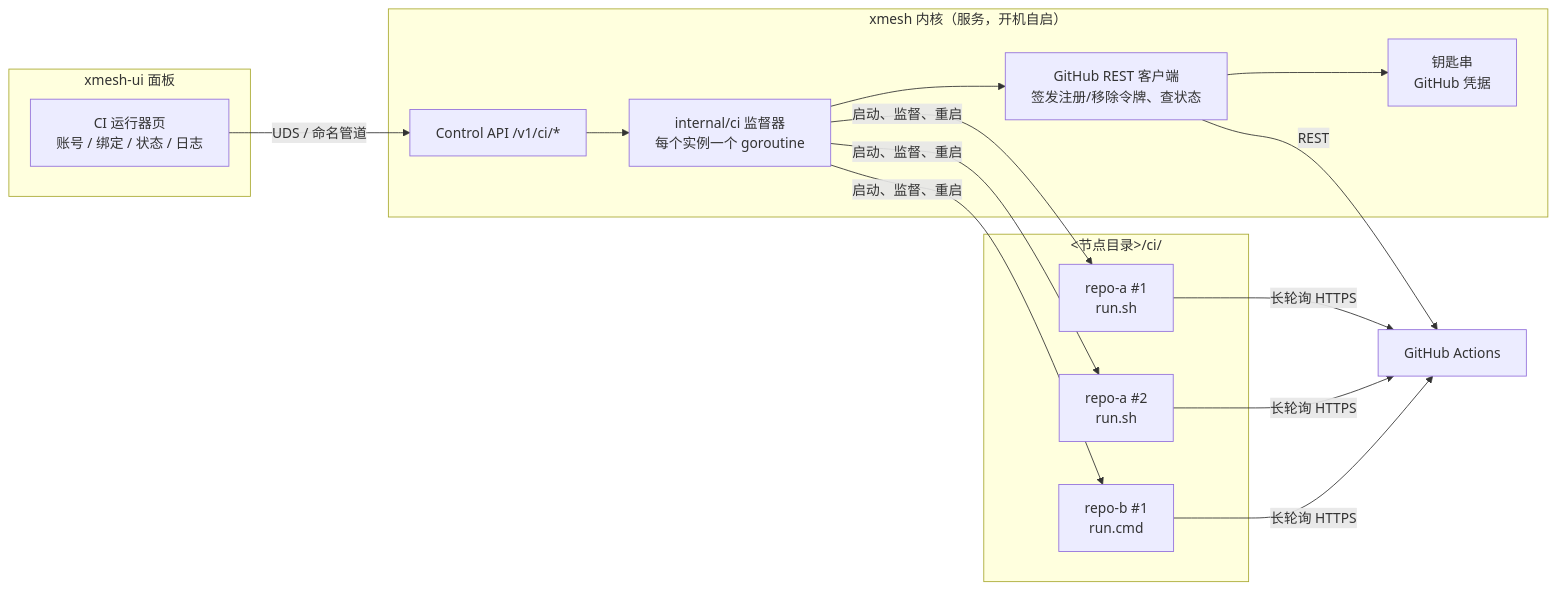
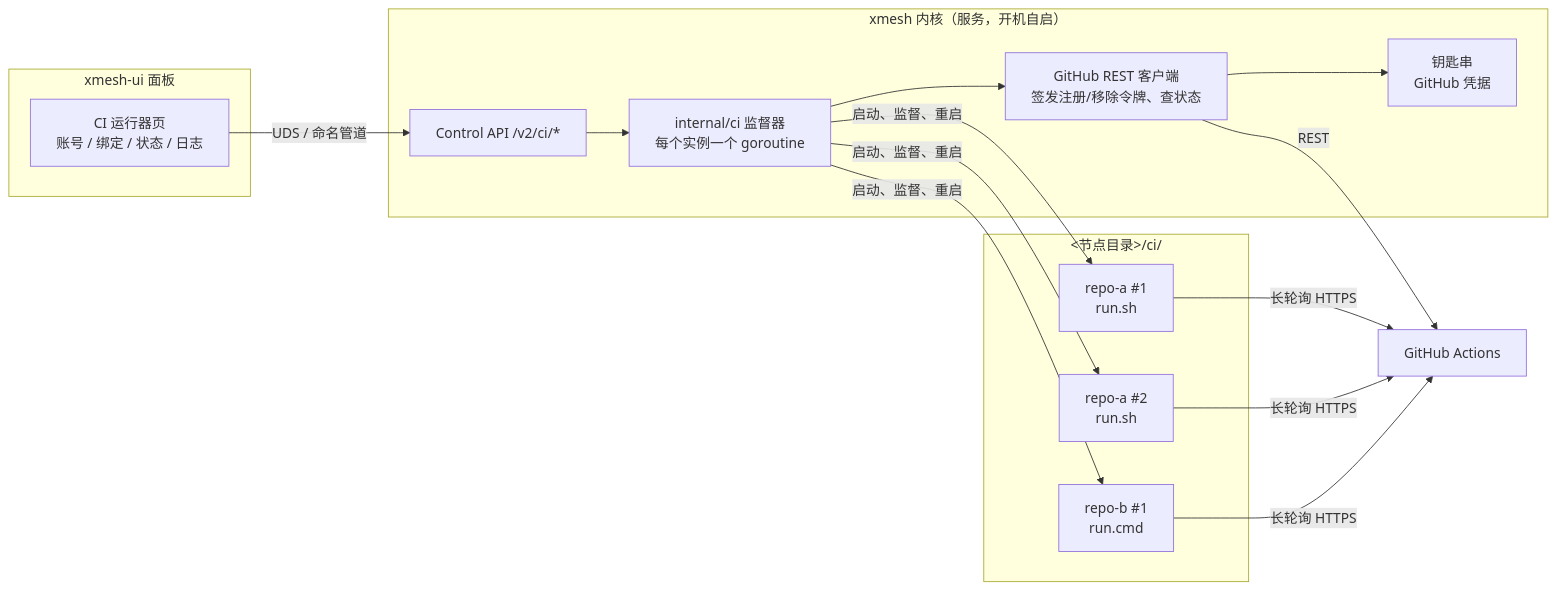
Before and after one commit to tzf1003/xmesh: the diagram in docs/design/15-github-runner.md, drawn with Mermaid. The commit also changed other lines of this file and 213 other files, not shown here.

````diff
--- a/docs/design/15-github-runner.md
+++ b/docs/design/15-github-runner.md
@@ -27,24 +27,24 @@
 ```mermaid
 flowchart LR
   subgraph ui["xmesh-ui 面板"]
     page["CI 运行器页<br/>账号 / 绑定 / 状态 / 日志"]
   end
   subgraph kernel["xmesh 内核（服务，开机自启）"]
-    ctl["Control API /v1/ci/*"]
+    ctl["Control API /v2/ci/*"]
     sup["internal/ci 监督器<br/>每个实例一个 goroutine"]
     gh["GitHub REST 客户端<br/>签发注册/移除令牌、查状态"]
     kc["钥匙串<br/>GitHub 凭据"]
     ctl --> sup
     sup --> gh
     gh --> kc
   end
   subgraph runners["<节点目录>/ci/"]
     r1["repo-a #1<br/>run.sh"]
     r2["repo-a #2<br/>run.sh"]
     r3["repo-b #1<br/>run.cmd"]
   end
   page -->|"UDS / 命名管道"| ctl
   sup -->|"启动、监督、重启"| r1 & r2 & r3
   r1 & r2 & r3 -->|"长轮询 HTTPS"| github["GitHub Actions"]
   gh -->|"REST"| github
 ```
````
